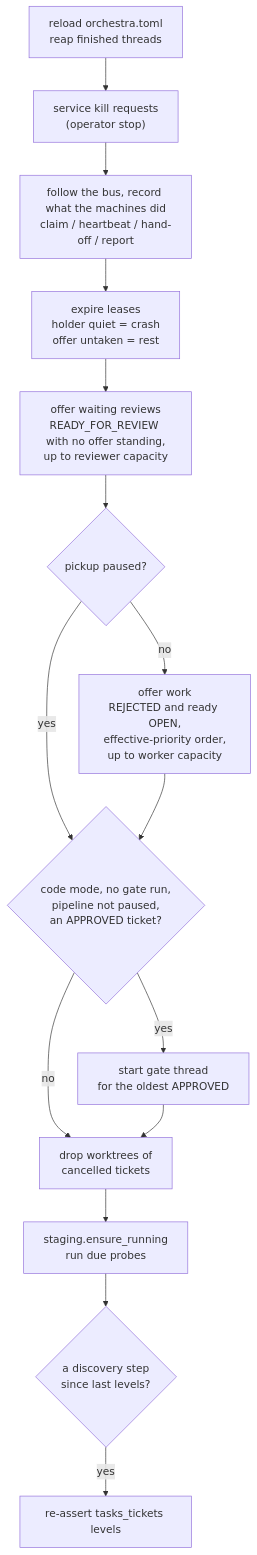
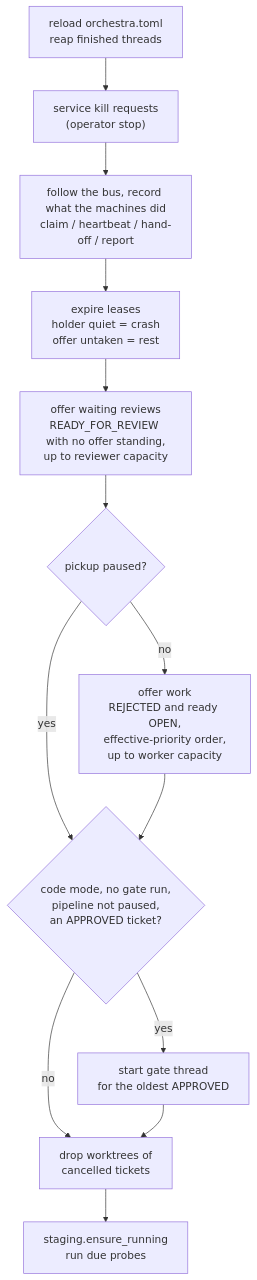
The third of 7 diagrams in ARCHITECTURE.md (danroblewis/orchestra-tasking), drawn with Mermaid before and after one commit. The commit also changed other lines of this file and 38 other files, not shown here.

````diff
--- a/ARCHITECTURE.md
+++ b/ARCHITECTURE.md
@@ -274,17 +285,15 @@
 ```mermaid
 flowchart TD
     A["reload orchestra.toml<br/>reap finished threads"] --> B["service kill requests<br/>(operator stop)"]
     B --> C["follow the bus, record what the machines did<br/>claim / heartbeat / hand-off / report"]
     C --> D["expire leases<br/>holder quiet = crash<br/>offer untaken = rest"]
     D --> E["offer waiting reviews<br/>READY_FOR_REVIEW with no offer standing,<br/>up to reviewer capacity"]
     E --> F{"pickup paused?"}
     F -- no --> G["offer work<br/>REJECTED and ready OPEN,<br/>effective-priority order,<br/>up to worker capacity"]
     F -- yes --> H
     G --> H{"code mode, no gate run,<br/>pipeline not paused,<br/>an APPROVED ticket?"}
     H -- yes --> I["start gate thread<br/>for the oldest APPROVED"]
     H -- no --> J
     I --> J["drop worktrees of<br/>cancelled tickets"]
     J --> K["staging.ensure_running<br/>run due probes"]
-    K --> L{"a discovery step<br/>since last levels?"}
-    L -- yes --> M["re-assert tasks_tickets levels"]
 ```
````
